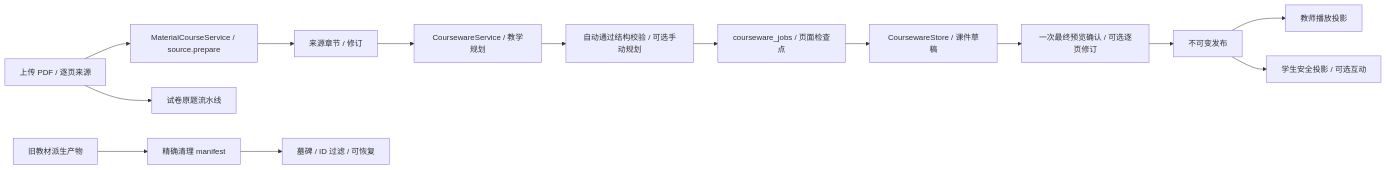
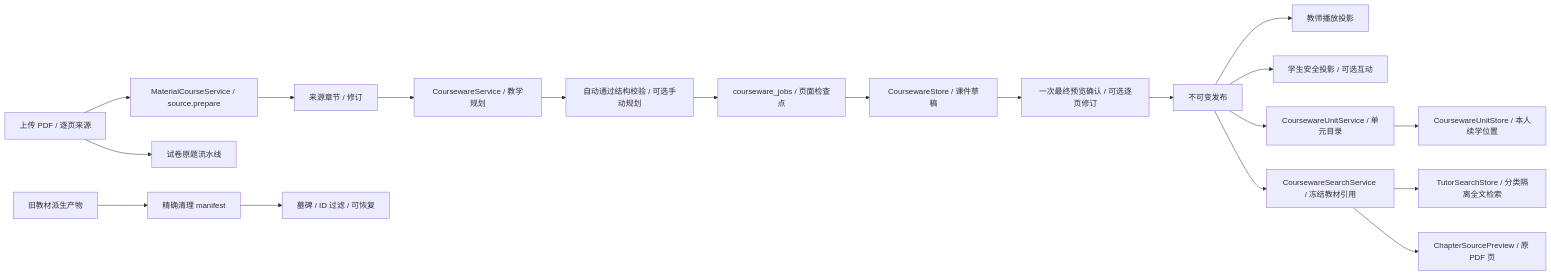
The first of 3 diagrams in docs/codebase-guide.md (ningkaikok/dotty-tutor), drawn with Mermaid before and after one commit. The commit also changed other lines of this file and 87 other files, not shown here.

First line of the commit message:
feat: complete courseware learning and evidence workflows (#308)

````diff
--- a/docs/codebase-guide.md
+++ b/docs/codebase-guide.md
@@ -230,16 +236,21 @@
 ```mermaid
 flowchart LR
   Source[上传 PDF / 逐页来源] --> Prepare[MaterialCourseService / source.prepare]
   Prepare --> Chapter[来源章节 / 修订]
   Chapter --> Plan[CoursewareService / 教学规划]
   Plan --> Confirm[自动通过结构校验 / 可选手动规划]
   Confirm --> Worker[courseware_jobs / 页面检查点]
   Worker --> Draft[CoursewareStore / 课件草稿]
   Draft --> Review[一次最终预览确认 / 可选逐页修订]
   Review --> Publication[不可变发布]
   Publication --> Teacher[教师播放投影]
   Publication --> Student[学生安全投影 / 可选互动]
+  Publication --> Unit[CoursewareUnitService / 单元目录]
+  Unit --> Position[CoursewareUnitStore / 本人续学位置]
+  Publication --> Evidence[CoursewareSearchService / 冻结教材引用]
+  Evidence --> FTS[TutorSearchStore / 分类隔离全文检索]
+  Evidence --> Preview[ChapterSourcePreview / 原 PDF 页]
   Source --> Paper[试卷原题流水线]
   Old[旧教材派生产物] --> Manifest[精确清理 manifest]
   Manifest --> Tombstone[墓碑 / ID 过滤 / 可恢复]
 ```
````
